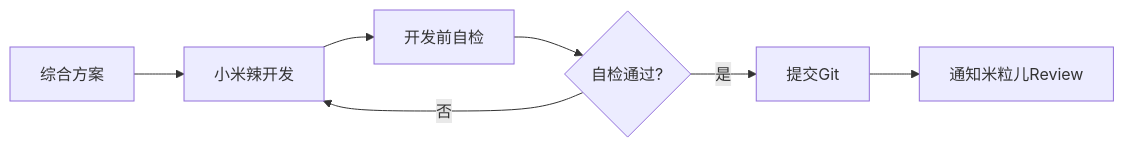
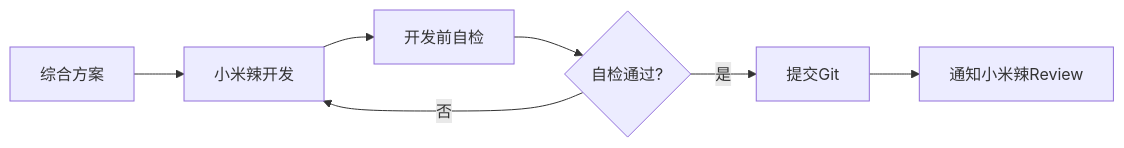
One commit to zhaog100/openclaw-skills changed the third of 6 diagrams in docs/DUAL_MILI_SYSTEM_V3_INTEGRATED.md. Above: the diagram before and after it, drawn with Mermaid. The commit also changed other lines of this file and 107 other files, not shown here.

````diff
--- a/docs/DUAL_MILI_SYSTEM_V3_INTEGRATED.md
+++ b/docs/DUAL_MILI_SYSTEM_V3_INTEGRATED.md
@@ -110,9 +110,9 @@
 ```mermaid
 graph LR
     A[综合方案] --> B[小米辣开发]
     B --> C[开发前自检]
     C --> D{自检通过?}
     D -->|是| E[提交Git]
     D -->|否| B
-    E --> F[通知米粒儿Review]
+    E --> F[通知小米辣Review]
 ```
````
